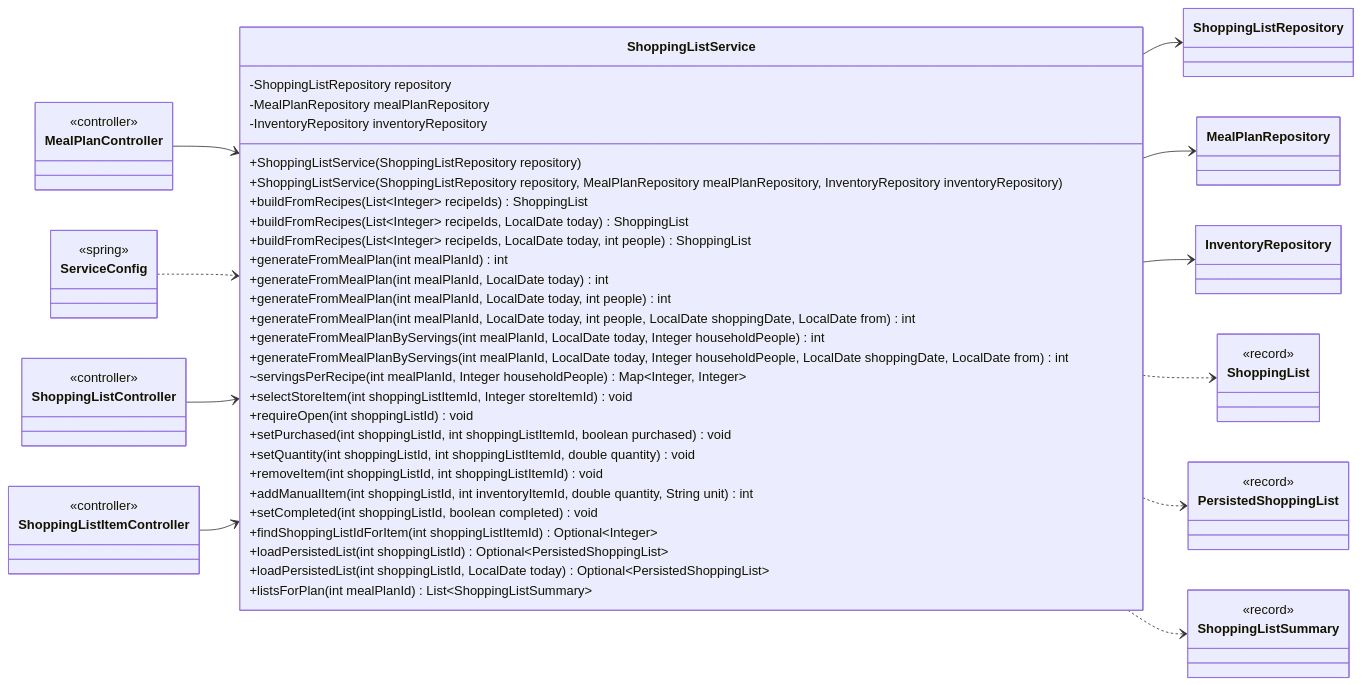
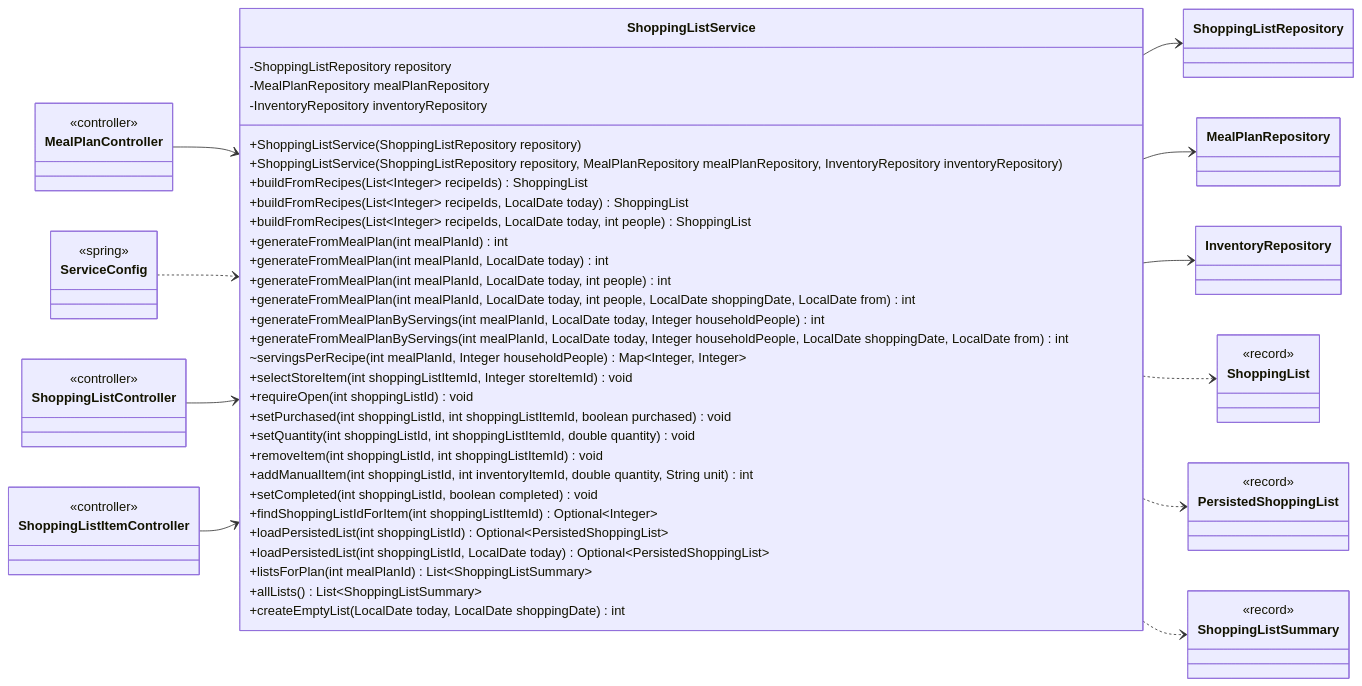
One commit to Nate-ryan-7690/dahaem changed diagram 11 of 16 in docs/classes/shopping.md. Above: the diagram before and after it, drawn with Mermaid. The commit also changed other lines of this file and 6 other files, not shown here.

````diff
--- a/docs/classes/shopping.md
+++ b/docs/classes/shopping.md
@@ -529,66 +531,68 @@
 ```mermaid
 classDiagram
     direction LR
     class shopping_ShoppingListService["ShoppingListService"] {
         -ShoppingListRepository repository
         -MealPlanRepository mealPlanRepository
         -InventoryRepository inventoryRepository
         +ShoppingListService(ShoppingListRepository repository)
         +ShoppingListService(ShoppingListRepository repository, MealPlanRepository mealPlanRepository, InventoryRepository inventoryRepository)
         +buildFromRecipes(List~Integer~ recipeIds) ShoppingList
         +buildFromRecipes(List~Integer~ recipeIds, LocalDate today) ShoppingList
         +buildFromRecipes(List~Integer~ recipeIds, LocalDate today, int people) ShoppingList
         +generateFromMealPlan(int mealPlanId) int
         +generateFromMealPlan(int mealPlanId, LocalDate today) int
         +generateFromMealPlan(int mealPlanId, LocalDate today, int people) int
         +generateFromMealPlan(int mealPlanId, LocalDate today, int people, LocalDate shoppingDate, LocalDate from) int
         +generateFromMealPlanByServings(int mealPlanId, LocalDate today, Integer householdPeople) int
         +generateFromMealPlanByServings(int mealPlanId, LocalDate today, Integer householdPeople, LocalDate shoppingDate, LocalDate from) int
         ~servingsPerRecipe(int mealPlanId, Integer householdPeople) Map~Integer, Integer~
         +selectStoreItem(int shoppingListItemId, Integer storeItemId) void
         +requireOpen(int shoppingListId) void
         +setPurchased(int shoppingListId, int shoppingListItemId, boolean purchased) void
         +setQuantity(int shoppingListId, int shoppingListItemId, double quantity) void
         +removeItem(int shoppingListId, int shoppingListItemId) void
         +addManualItem(int shoppingListId, int inventoryItemId, double quantity, String unit) int
         +setCompleted(int shoppingListId, boolean completed) void
         +findShoppingListIdForItem(int shoppingListItemId) Optional~Integer~
         +loadPersistedList(int shoppingListId) Optional~PersistedShoppingList~
         +loadPersistedList(int shoppingListId, LocalDate today) Optional~PersistedShoppingList~
         +listsForPlan(int mealPlanId) List~ShoppingListSummary~
+        +allLists() List~ShoppingListSummary~
+        +createEmptyList(LocalDate today, LocalDate shoppingDate) int
     }
     class shopping_ShoppingListRepository["ShoppingListRepository"]
     class mealplanner_MealPlanRepository["MealPlanRepository"]
     class inventory_InventoryRepository["InventoryRepository"]
     class api_MealPlanController["MealPlanController"] {
         <<controller>>
     }
     class api_ShoppingListController["ShoppingListController"] {
         <<controller>>
     }
     class api_ShoppingListItemController["ShoppingListItemController"] {
         <<controller>>
     }
     class shopping_ShoppingList["ShoppingList"] {
         <<record>>
     }
     class shopping_PersistedShoppingList["PersistedShoppingList"] {
         <<record>>
     }
     class shopping_ShoppingListSummary["ShoppingListSummary"] {
         <<record>>
     }
     class api_ServiceConfig["ServiceConfig"] {
         <<spring>>
     }
     shopping_ShoppingListService --> shopping_ShoppingListRepository
     shopping_ShoppingListService --> mealplanner_MealPlanRepository
     shopping_ShoppingListService --> inventory_InventoryRepository
     shopping_ShoppingListService ..> shopping_ShoppingList
     shopping_ShoppingListService ..> shopping_PersistedShoppingList
     shopping_ShoppingListService ..> shopping_ShoppingListSummary
     api_MealPlanController --> shopping_ShoppingListService
     api_ServiceConfig ..> shopping_ShoppingListService
     api_ShoppingListController --> shopping_ShoppingListService
     api_ShoppingListItemController --> shopping_ShoppingListService
 ```
````
